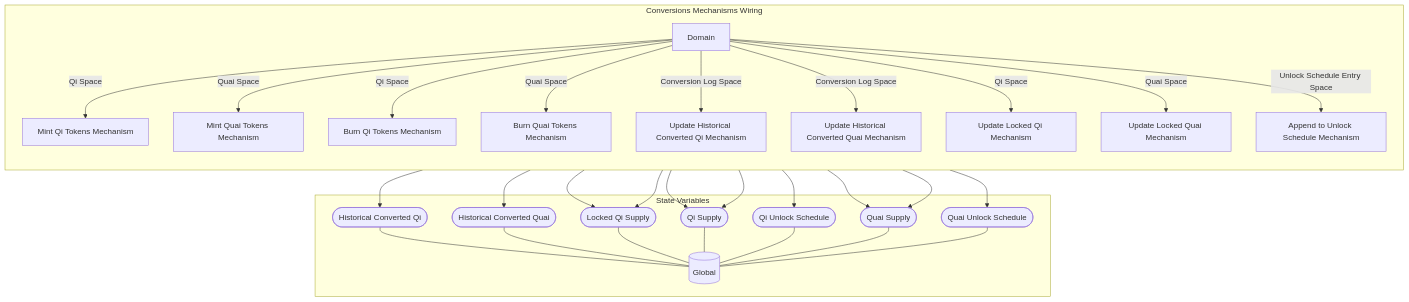
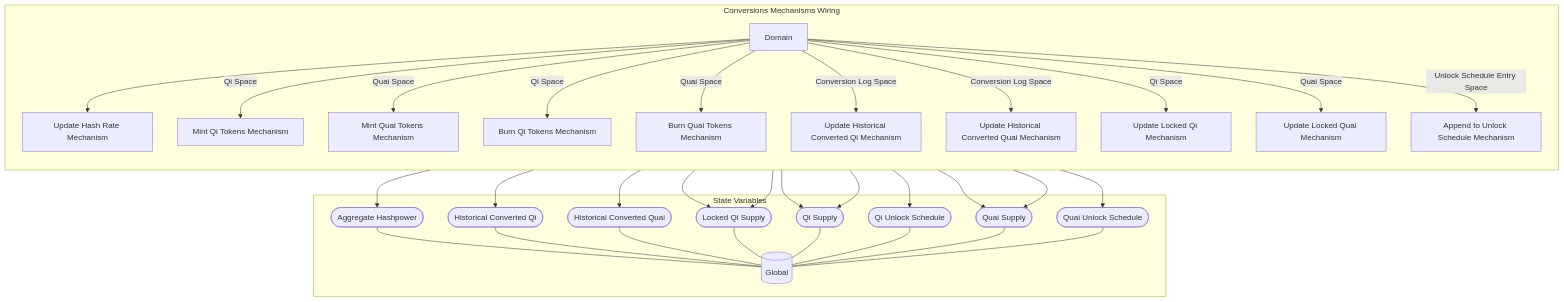
Before and after one commit to dominant-strategies/Quai-Macro-Model: the diagram in Research/MSML Scaffold/Wiring/Conversions Mechanisms Wiring.md, drawn with Mermaid. The commit also changed other lines of this file and 20 other files, not shown here.

Commit message:
Added a update hash power mechanism using the ratio of miners not mining

````diff
--- a/Research/MSML Scaffold/Wiring/Conversions Mechanisms Wiring.md
+++ b/Research/MSML Scaffold/Wiring/Conversions Mechanisms Wiring.md
@@ -3,57 +3,62 @@
 ```mermaid
 graph TB
 
 subgraph SVS["State Variables"]
 EE0[("Global")]
-EES0(["Historical Converted Qi"])
+EES0(["Aggregate Hashpower"])
 EES0 --- EE0
-EES1(["Historical Converted Quai"])
+EES1(["Historical Converted Qi"])
 EES1 --- EE0
-EES2(["Locked Qi Supply"])
+EES2(["Historical Converted Quai"])
 EES2 --- EE0
-EES3(["Qi Supply"])
+EES3(["Locked Qi Supply"])
 EES3 --- EE0
-EES4(["Qi Unlock Schedule"])
+EES4(["Qi Supply"])
 EES4 --- EE0
-EES5(["Quai Supply"])
+EES5(["Qi Unlock Schedule"])
 EES5 --- EE0
-EES6(["Quai Unlock Schedule"])
+EES6(["Quai Supply"])
 EES6 --- EE0
+EES7(["Quai Unlock Schedule"])
+EES7 --- EE0
 end
 
-subgraph X12["Conversions Mechanisms Wiring"]
+subgraph X13["Conversions Mechanisms Wiring"]
 direction TB
-X1["Mint Qi Tokens Mechanism"]
-X1 --> EES3
-X2["Mint Quai Tokens Mechanism"]
-X2 --> EES5
-X3["Burn Qi Tokens Mechanism"]
-X3 --> EES3
-X4["Burn Quai Tokens Mechanism"]
-X4 --> EES5
-X5["Update Historical Converted Qi Mechanism"]
-X5 --> EES0
-X6["Update Historical Converted Quai Mechanism"]
+X1["Update Hash Rate Mechanism"]
+X1 --> EES0
+X2["Mint Qi Tokens Mechanism"]
+X2 --> EES4
+X3["Mint Quai Tokens Mechanism"]
+X3 --> EES6
+X4["Burn Qi Tokens Mechanism"]
+X4 --> EES4
+X5["Burn Quai Tokens Mechanism"]
+X5 --> EES6
+X6["Update Historical Converted Qi Mechanism"]
 X6 --> EES1
-X7["Update Locked Qi Mechanism"]
+X7["Update Historical Converted Quai Mechanism"]
 X7 --> EES2
-X8["Update Locked Quai Mechanism"]
-X8 --> EES2
-X9["Append to Unlock Schedule Mechanism"]
-X9 --> EES6
-X9 --> EES4
-X10[Domain]
+X8["Update Locked Qi Mechanism"]
+X8 --> EES3
+X9["Update Locked Quai Mechanism"]
+X9 --> EES3
+X10["Append to Unlock Schedule Mechanism"]
+X10 --> EES7
+X10 --> EES5
+X11[Domain]
 
 direction LR
 direction TB
-X10 --"Qi Space"--> X1
-X10 --"Quai Space"--> X2
-X10 --"Qi Space"--> X3
-X10 --"Quai Space"--> X4
-X10 --"Conversion Log Space"--> X5
-X10 --"Conversion Log Space"--> X6
-X10 --"Qi Space"--> X7
-X10 --"Quai Space"--> X8
-X10 --"Unlock Schedule Entry Space"--> X9
+X11 --> X1
+X11 --"Qi Space"--> X2
+X11 --"Quai Space"--> X3
+X11 --"Qi Space"--> X4
+X11 --"Quai Space"--> X5
+X11 --"Conversion Log Space"--> X6
+X11 --"Conversion Log Space"--> X7
+X11 --"Qi Space"--> X8
+X11 --"Quai Space"--> X9
+X11 --"Unlock Schedule Entry Space"--> X10
 end
 ```
````
